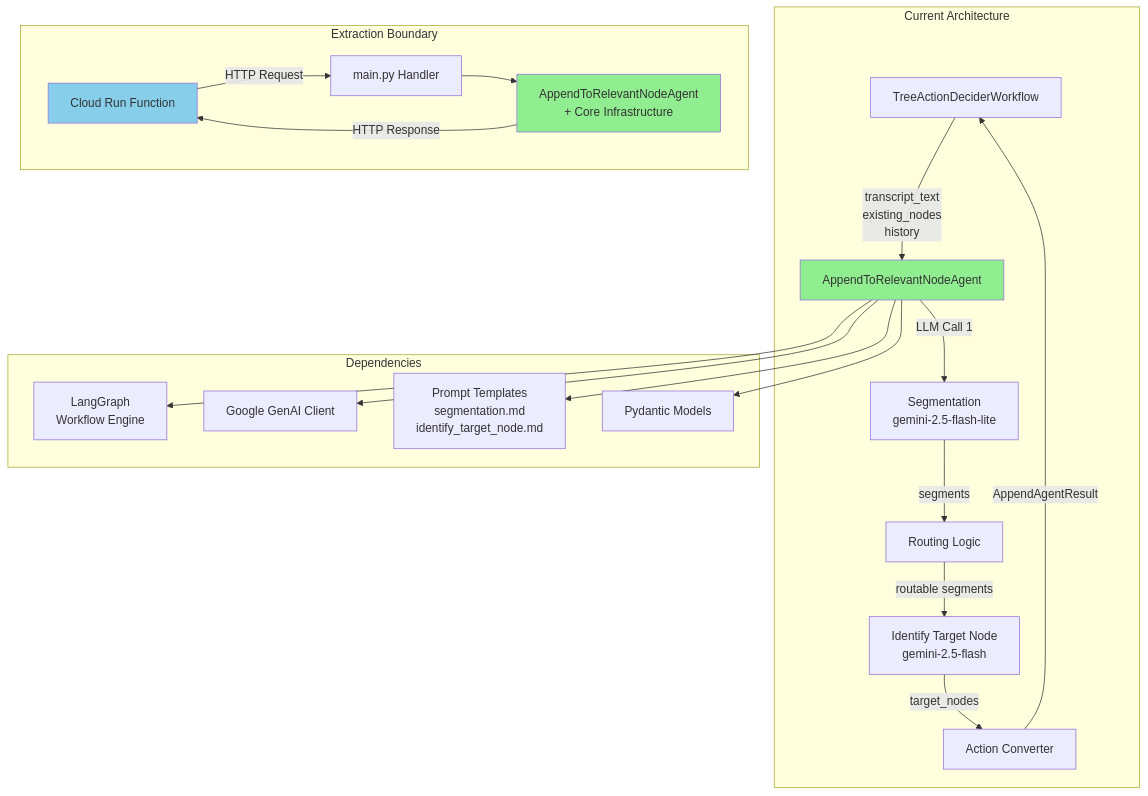
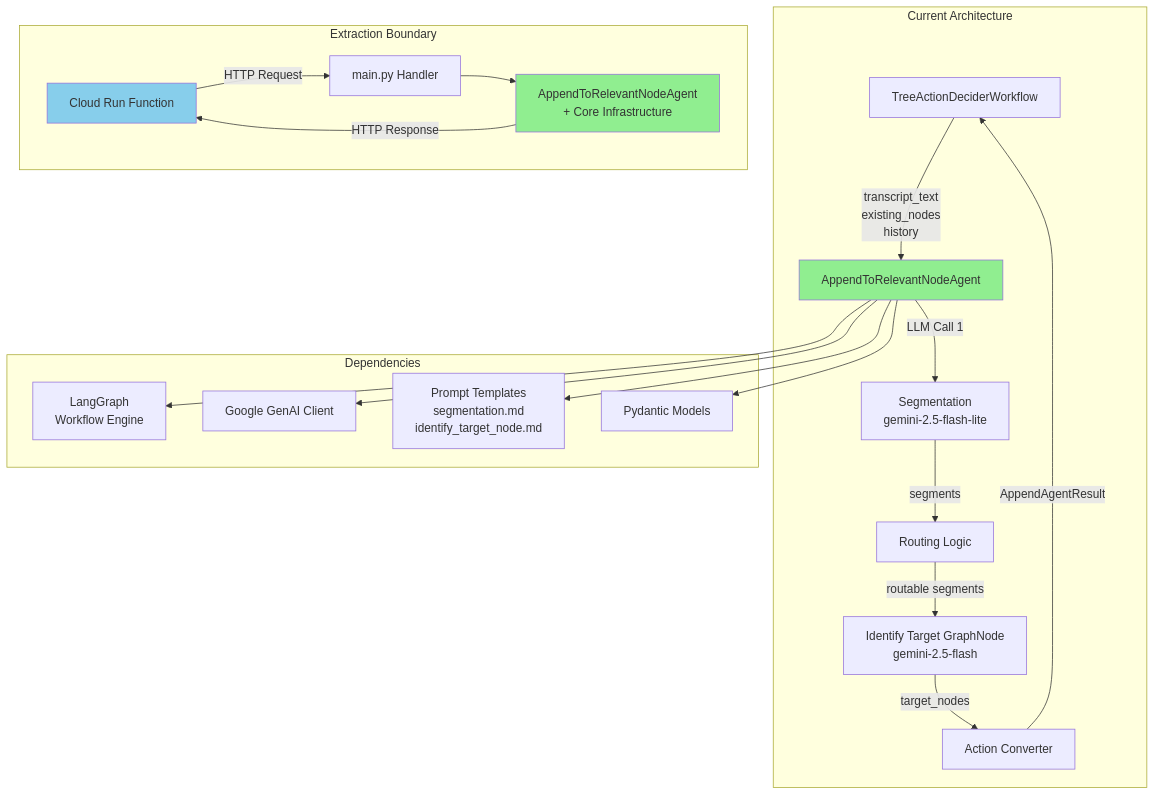
Before and after one commit to voicetreelab/voicetree: the first of 2 diagrams in frontend/webapp/tests/fixtures/example_real_large/2025-09-30/14_1_Victor_Append_Agent_Extraction_Analysis_Complete.md, drawn with Mermaid. The commit also changed 119 other files, not shown here.

````diff
--- a/frontend/webapp/tests/fixtures/example_real_large/2025-09-30/14_1_Victor_Append_Agent_Extraction_Analysis_Complete.md
+++ b/frontend/webapp/tests/fixtures/example_real_large/2025-09-30/14_1_Victor_Append_Agent_Extraction_Analysis_Complete.md
@@ -29,29 +29,29 @@
 ```mermaid
 graph TB
     subgraph "Current Architecture"
         A[TreeActionDeciderWorkflow] -->|transcript_text<br/>existing_nodes<br/>history| B[AppendToRelevantNodeAgent]
         B -->|LLM Call 1| C[Segmentation<br/>gemini-2.5-flash-lite]
         C -->|segments| D[Routing Logic]
-        D -->|routable segments| E[Identify Target Node<br/>gemini-2.5-flash]
+        D -->|routable segments| E[Identify Target GraphNode<br/>gemini-2.5-flash]
         E -->|target_nodes| F[Action Converter]
         F -->|AppendAgentResult| A
     end
     
     subgraph "Dependencies"
         B --> G[LangGraph<br/>Workflow Engine]
         B --> H[Google GenAI Client]
         B --> I[Prompt Templates<br/>segmentation.md<br/>identify_target_node.md]
         B --> J[Pydantic Models]
     end
     
     subgraph "Extraction Boundary"
         K[Cloud Run Function]
         K -->|HTTP Request| L[main.py Handler]
         L --> M[AppendToRelevantNodeAgent<br/>+ Core Infrastructure]
         M -->|HTTP Response| K
     end
     
     style B fill:#90EE90
     style K fill:#87CEEB
     style M fill:#90EE90
 ```
````
